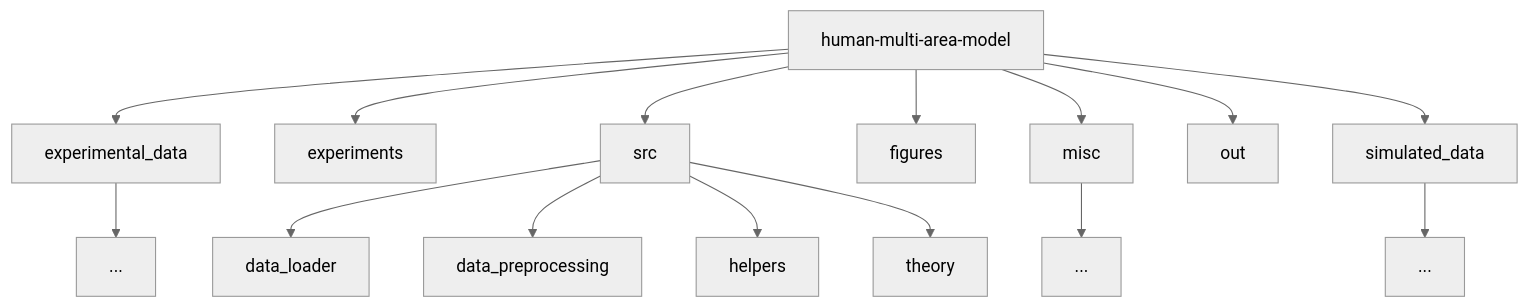
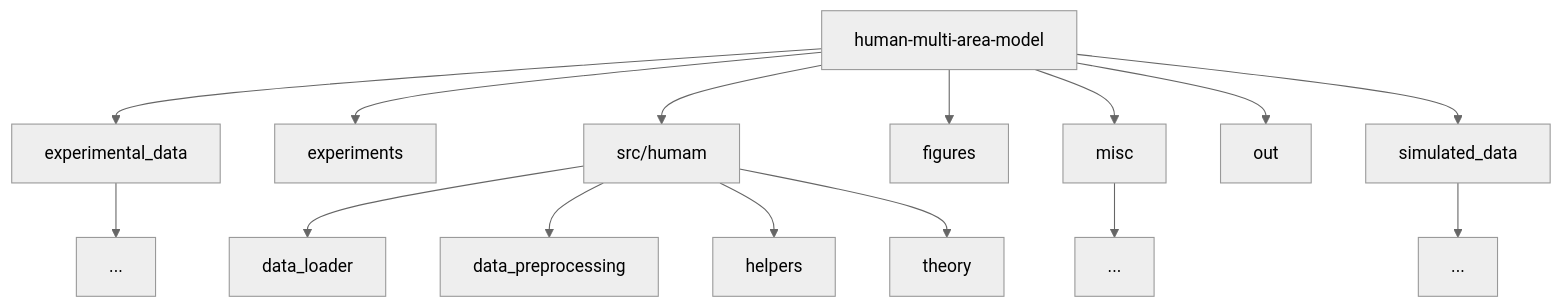
Before and after one commit to babsey/human-multi-area-model: the diagram in README.md, drawn with Mermaid. The commit also changed other lines of this file, not shown here.

````diff
--- a/README.md
+++ b/README.md
@@ -176,23 +176,23 @@
 ```mermaid
 ---
 config:
   look: modern
   theme: neutral
 ---
 graph TB
     A[human-multi-area-model]
     A --> B[experimental_data]
     B --> B1[...]
     A --> C[experiments]
-    A --> D[src]
+    A --> D[src/humam]
     D --> D1[data_loader]
     D --> D2[data_preprocessing]
     D --> D3[helpers]
     D --> D4[theory]
     A --> E[figures]
     A --> F[misc]
     F --> F1[...]
     A --> G[out]
     A --> H[simulated_data]
     H --> H1[...]
 ```
````
